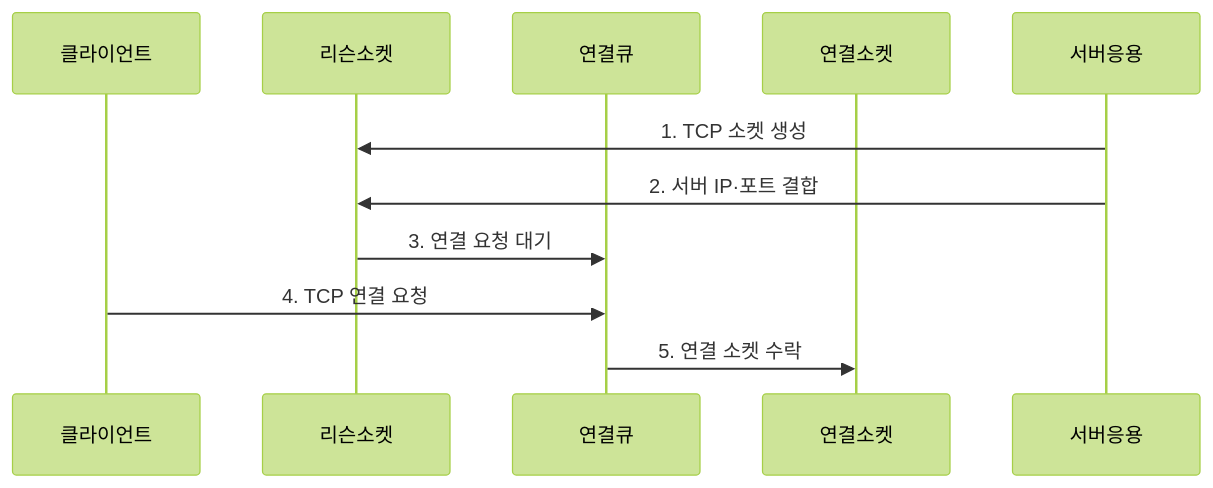
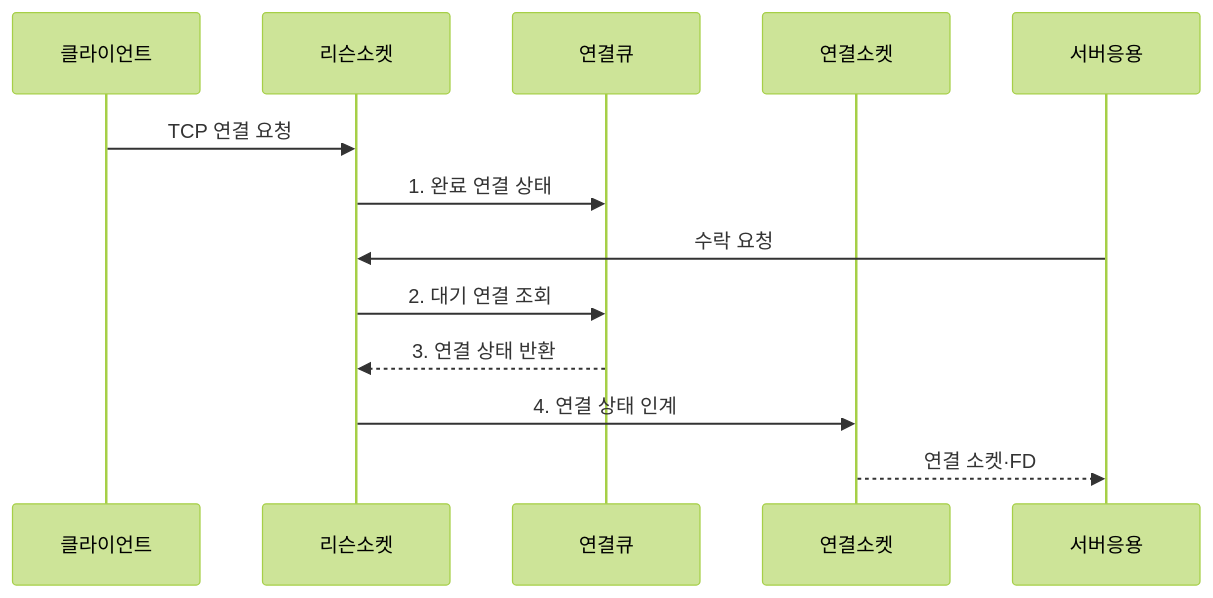
The second of 2 diagrams in src/content/docs/notes/04-network/029_port_socket_communication.md (agnusdei1207/knowledge-base), drawn with Mermaid (forest theme) before and after one commit. The commit also changed other lines of this file and 20 other files, not shown here.

````diff
--- a/src/content/docs/notes/04-network/029_port_socket_communication.md
+++ b/src/content/docs/notes/04-network/029_port_socket_communication.md
@@ -86,13 +87,15 @@
 ```mermaid
 sequenceDiagram
     participant 클라이언트
     participant 리슨소켓
     participant 연결큐
     participant 연결소켓
     participant 서버응용
-    서버응용->>리슨소켓: 1. TCP 소켓 생성
-    서버응용->>리슨소켓: 2. 서버 IP·포트 결합
-    리슨소켓->>연결큐: 3. 연결 요청 대기
-    클라이언트->>연결큐: 4. TCP 연결 요청
-    연결큐->>연결소켓: 5. 연결 소켓 수락
+    클라이언트->>리슨소켓: TCP 연결 요청
+    리슨소켓->>연결큐: 1. 완료 연결 상태
+    서버응용->>리슨소켓: 수락 요청
+    리슨소켓->>연결큐: 2. 대기 연결 조회
+    연결큐-->>리슨소켓: 3. 연결 상태 반환
+    리슨소켓->>연결소켓: 4. 연결 상태 인계
+    연결소켓-->>서버응용: 연결 소켓·FD
 ```
````
